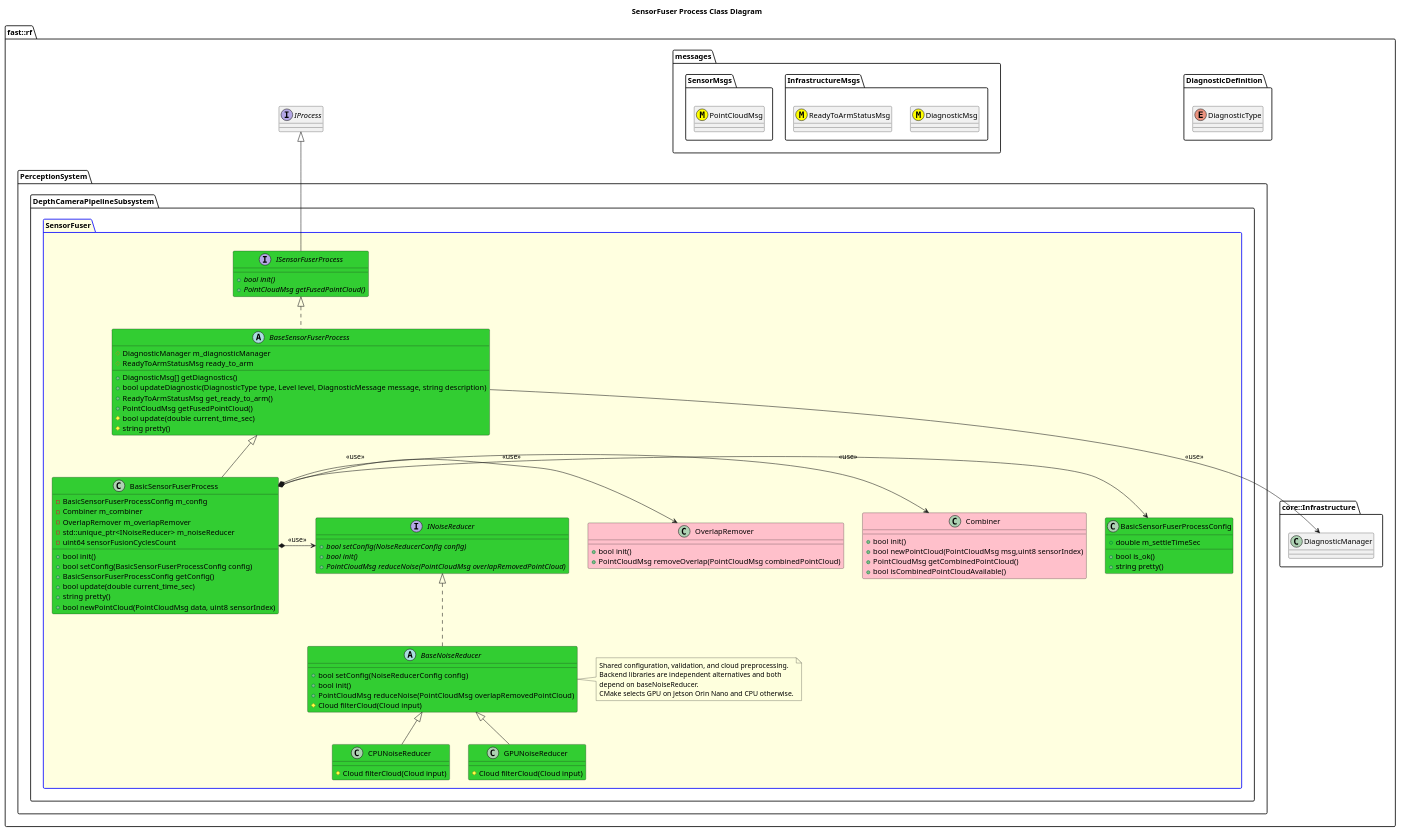
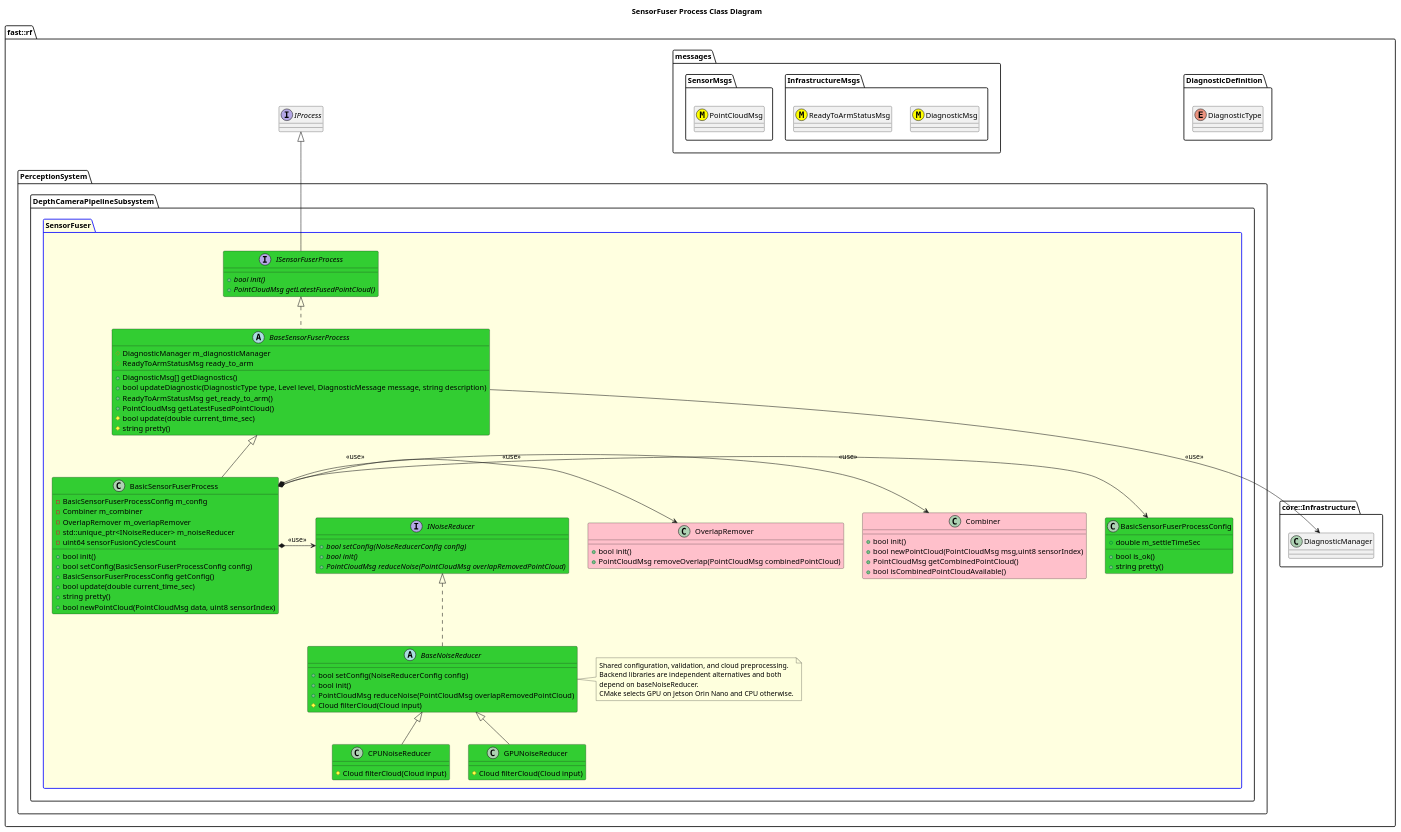
The diagram in Systems/Perception/Subsystems/DepthCameraPipeline/Processes/SensorFuser/doc/puml/SensorFuserProcessClassDiagram.puml (fastrobotics/robot_framework), drawn with PlantUML before and after one commit. The commit also changed 13 other files, not shown here.

```diff
--- a/Systems/Perception/Subsystems/DepthCameraPipeline/Processes/SensorFuser/doc/puml/SensorFuserProcessClassDiagram.puml
+++ b/Systems/Perception/Subsystems/DepthCameraPipeline/Processes/SensorFuser/doc/puml/SensorFuserProcessClassDiagram.puml
@@ -2,105 +2,105 @@
 @startuml
 title SensorFuser Process Class Diagram
 
 namespace fast::rf {
     namespace DiagnosticDefinition {
         enum DiagnosticType
     }
     namespace messages {
         namespace InfrastructureMsgs {
             class DiagnosticMsg <<(M,#FFFF00)>>
             class ReadyToArmStatusMsg <<(M,#FFFF00)>>
         }
         namespace SensorMsgs {
             class PointCloudMsg <<(M,#FFFF00)>>
         }
     }
     namespace core::Infrastructure {
         class DiagnosticManager
     }
     interface IProcess
     namespace PerceptionSystem {
         namespace DepthCameraPipelineSubsystem {
             package SensorFuser #LightYellow;line:blue {
                 class Combiner #Pink {
                     +bool init()
                     +bool newPointCloud(PointCloudMsg msg,uint8 sensorIndex)
                     +PointCloudMsg getCombinedPointCloud()
                     +bool isCombinedPointCloudAvailable()
                 }
                 class OverlapRemover #Pink {
                     +bool init()
                     +PointCloudMsg removeOverlap(PointCloudMsg combinedPointCloud)
                 }
                 interface INoiseReducer #LimeGreen {
                     +{abstract} bool setConfig(NoiseReducerConfig config)
                     +{abstract} bool init()
                     +{abstract} PointCloudMsg reduceNoise(PointCloudMsg overlapRemovedPointCloud)
                 }
                 abstract BaseNoiseReducer #LimeGreen {
                     +bool setConfig(NoiseReducerConfig config)
                     +bool init()
                     +PointCloudMsg reduceNoise(PointCloudMsg overlapRemovedPointCloud)
                     #Cloud filterCloud(Cloud input)
                 }
                 class CPUNoiseReducer #LimeGreen {
                     #Cloud filterCloud(Cloud input)
                 }
                 class GPUNoiseReducer #LimeGreen {
                     #Cloud filterCloud(Cloud input)
                 }
                 note right of BaseNoiseReducer
                     Shared configuration, validation, and cloud preprocessing.
                     Backend libraries are independent alternatives and both
                     depend on baseNoiseReducer.
                     CMake selects GPU on Jetson Orin Nano and CPU otherwise.
                 end note
                 BaseNoiseReducer .up.|> INoiseReducer
                 CPUNoiseReducer -up-|> BaseNoiseReducer
                 GPUNoiseReducer -up-|> BaseNoiseReducer
                 interface ISensorFuserProcess #LimeGreen  {
                     +{abstract} bool init()
-                    +{abstract} PointCloudMsg getFusedPointCloud()
+                    +{abstract} PointCloudMsg getLatestFusedPointCloud()
                 }
                 ISensorFuserProcess -up-|> IProcess
                 abstract BaseSensorFuserProcess #LimeGreen {
                     +DiagnosticMsg[] getDiagnostics()
                     +bool updateDiagnostic(DiagnosticType type, Level level, DiagnosticMessage message, string description)
                     +ReadyToArmStatusMsg get_ready_to_arm()
-                    +PointCloudMsg getFusedPointCloud()
+                    +PointCloudMsg getLatestFusedPointCloud()
                     #bool update(double current_time_sec)
                     #string pretty()
                     #DiagnosticManager m_diagnosticManager
                     #ReadyToArmStatusMsg ready_to_arm
 
                 }
                 BaseSensorFuserProcess .up.|> ISensorFuserProcess
                 BaseSensorFuserProcess --> DiagnosticManager: <<use>>
                 class BasicSensorFuserProcessConfig #LimeGreen {
                     +bool is_ok()
                     +string pretty()
                     +double m_settleTimeSec
                 }
                 class BasicSensorFuserProcess #LimeGreen {
                     +bool init()
                     +bool setConfig(BasicSensorFuserProcessConfig config)
                     +BasicSensorFuserProcessConfig getConfig()
                     +bool update(double current_time_sec)
                     +string pretty()
                     +bool newPointCloud(PointCloudMsg data, uint8 sensorIndex)
                     -BasicSensorFuserProcessConfig m_config
                     -Combiner m_combiner
                     -OverlapRemover m_overlapRemover
                     -std::unique_ptr<INoiseReducer> m_noiseReducer
                     -uint64 sensorFusionCyclesCount
                 }
                 BasicSensorFuserProcess -up-|> BaseSensorFuserProcess
                 BasicSensorFuserProcess *-> BasicSensorFuserProcessConfig: <<use>>
                 BasicSensorFuserProcess *-> Combiner: <<use>>
                 BasicSensorFuserProcess *-> OverlapRemover: <<use>>
                 BasicSensorFuserProcess *-> INoiseReducer: <<use>>
             }
         }
     }
 }
 @enduml
```
